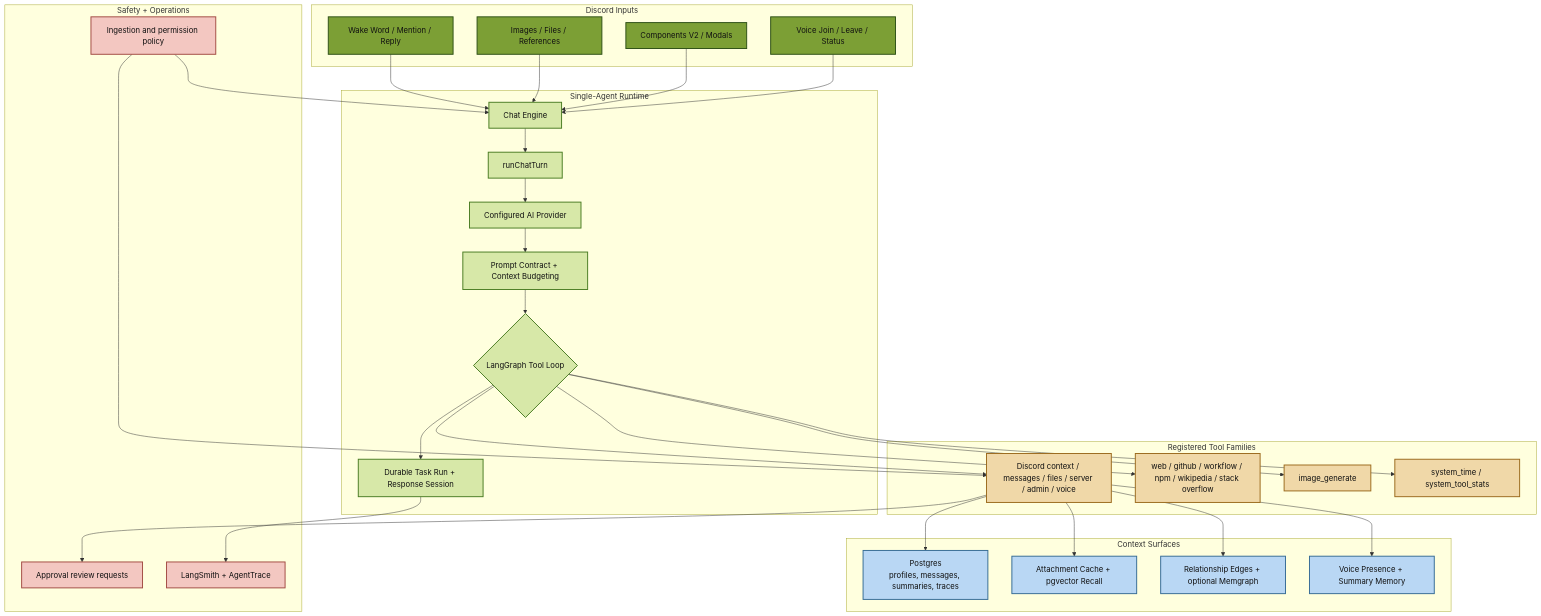
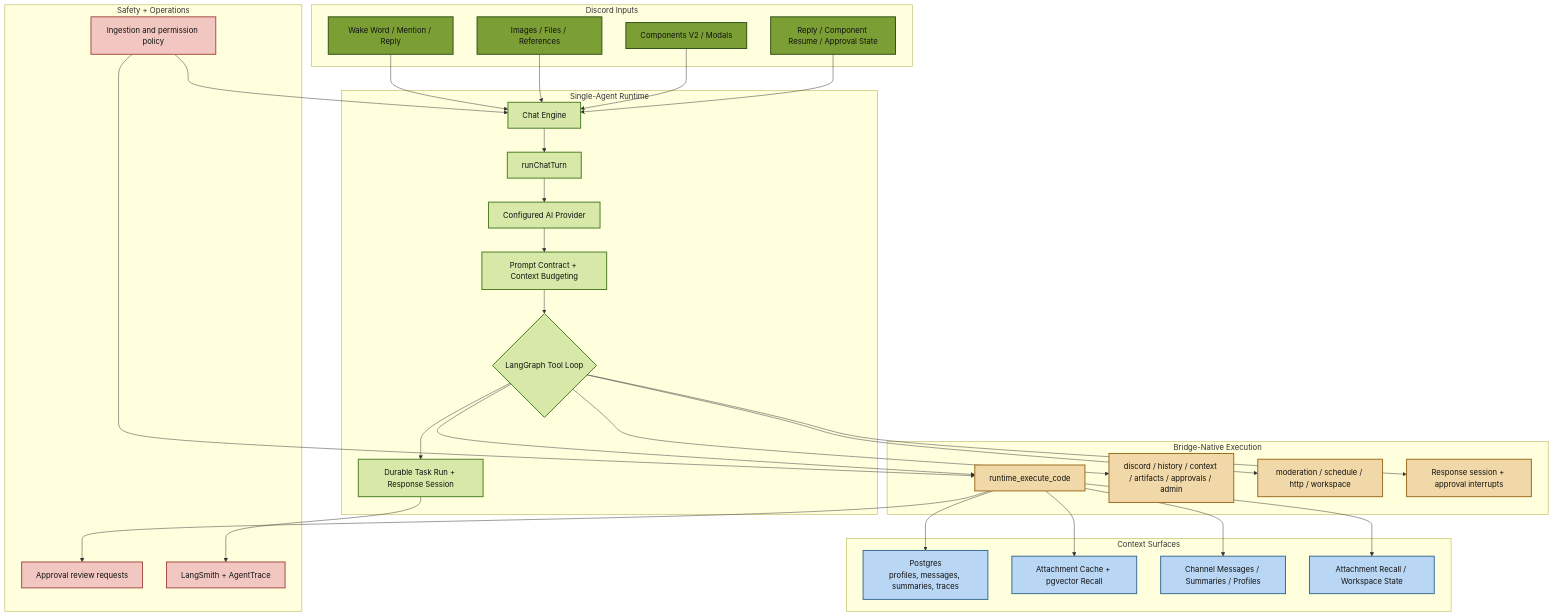
One commit to BokX1/Sage changed the second of 2 diagrams in README.md. Above: the diagram before and after it, drawn with Mermaid. The commit also changed other lines of this file and 29 other files, not shown here.

Commit message:
refactor: remove legacy tool-era runtime seams

````diff
--- a/README.md
+++ b/README.md
@@ -148,62 +147,62 @@
 ```mermaid
 flowchart TD
     classDef discord fill:#7c9f35,stroke:#2d5016,stroke-width:2px,color:#111
     classDef runtime fill:#d7e8a8,stroke:#4a7c23,stroke-width:2px,color:#111
     classDef memory fill:#b9d7f4,stroke:#356b95,stroke-width:2px,color:#111
     classDef tools fill:#f0d8a8,stroke:#9b6a1d,stroke-width:2px,color:#111
     classDef ops fill:#f3c7c1,stroke:#a24b43,stroke-width:2px,color:#111
 
     subgraph Inputs["Discord Inputs"]
         MSG["Wake Word / Mention / Reply"]:::discord
         FILES["Images / Files / References"]:::discord
         INT["Components V2 / Modals"]:::discord
-        VOICE["Voice Join / Leave / Status"]:::discord
+        VOICE["Reply / Component Resume / Approval State"]:::discord
     end
 
     subgraph Engine["Single-Agent Runtime"]
         CHAT["Chat Engine"]:::runtime
         TURN["runChatTurn"]:::runtime
         MODEL["Configured AI Provider"]:::runtime
         CTX["Prompt Contract + Context Budgeting"]:::runtime
         LOOP{"LangGraph Tool Loop"}:::runtime
         TASK["Durable Task Run + Response Session"]:::runtime
     end
 
     subgraph Retrieval["Context Surfaces"]
         DB["Postgres<br/>profiles, messages, summaries, traces"]:::memory
         ATT["Attachment Cache + pgvector Recall"]:::memory
-        SG["Relationship Edges + optional Memgraph"]:::memory
-        VA["Voice Presence + Summary Memory"]:::memory
+        SG["Channel Messages / Summaries / Profiles"]:::memory
+        VA["Attachment Recall / Workspace State"]:::memory
     end
 
-    subgraph Tools["Registered Tool Families"]
-        DISC["Discord context / messages / files / server / admin / voice"]:::tools
-        WEB["web / github / workflow / npm / wikipedia / stack overflow"]:::tools
-        IMG["image_generate"]:::tools
-        SYS["system_time / system_tool_stats"]:::tools
+    subgraph Tools["Bridge-Native Execution"]
+        DISC["runtime_execute_code"]:::tools
+        WEB["discord / history / context / artifacts / approvals / admin"]:::tools
+        IMG["moderation / schedule / http / workspace"]:::tools
+        SYS["Response session + approval interrupts"]:::tools
     end
 
     subgraph Ops["Safety + Operations"]
         APPROVAL["Approval review requests"]:::ops
         TRACE["LangSmith + AgentTrace"]:::ops
         POLICY["Ingestion and permission policy"]:::ops
     end
 
     MSG --> CHAT
     FILES --> CHAT
     INT --> CHAT
     VOICE --> CHAT
     CHAT --> TURN --> MODEL --> CTX --> LOOP --> TASK
     LOOP --> DISC
     LOOP --> WEB
     LOOP --> IMG
     LOOP --> SYS
     DISC --> DB
     DISC --> ATT
     DISC --> SG
     DISC --> VA
     POLICY --> CHAT
     POLICY --> DISC
     DISC --> APPROVAL
     TASK --> TRACE
 ```
````
